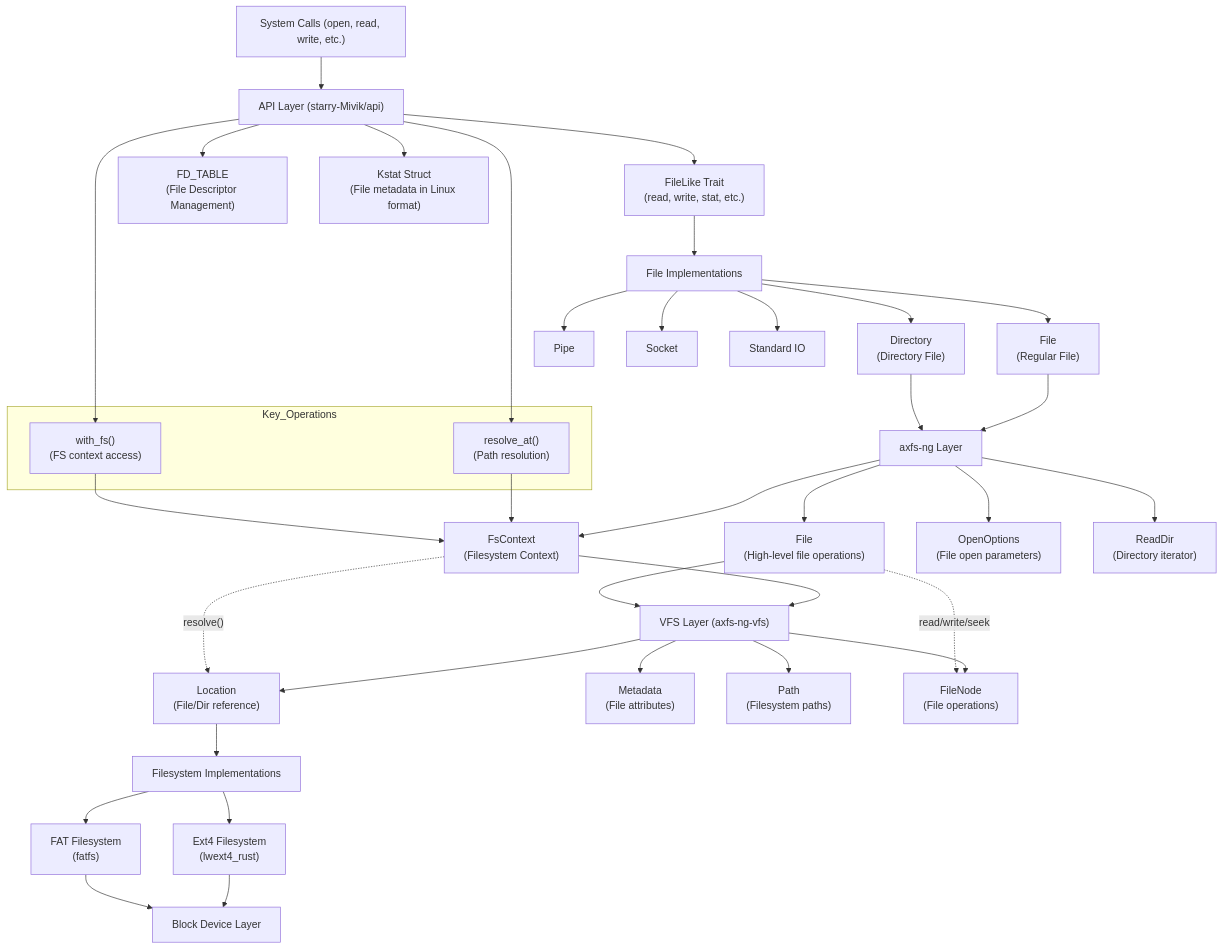
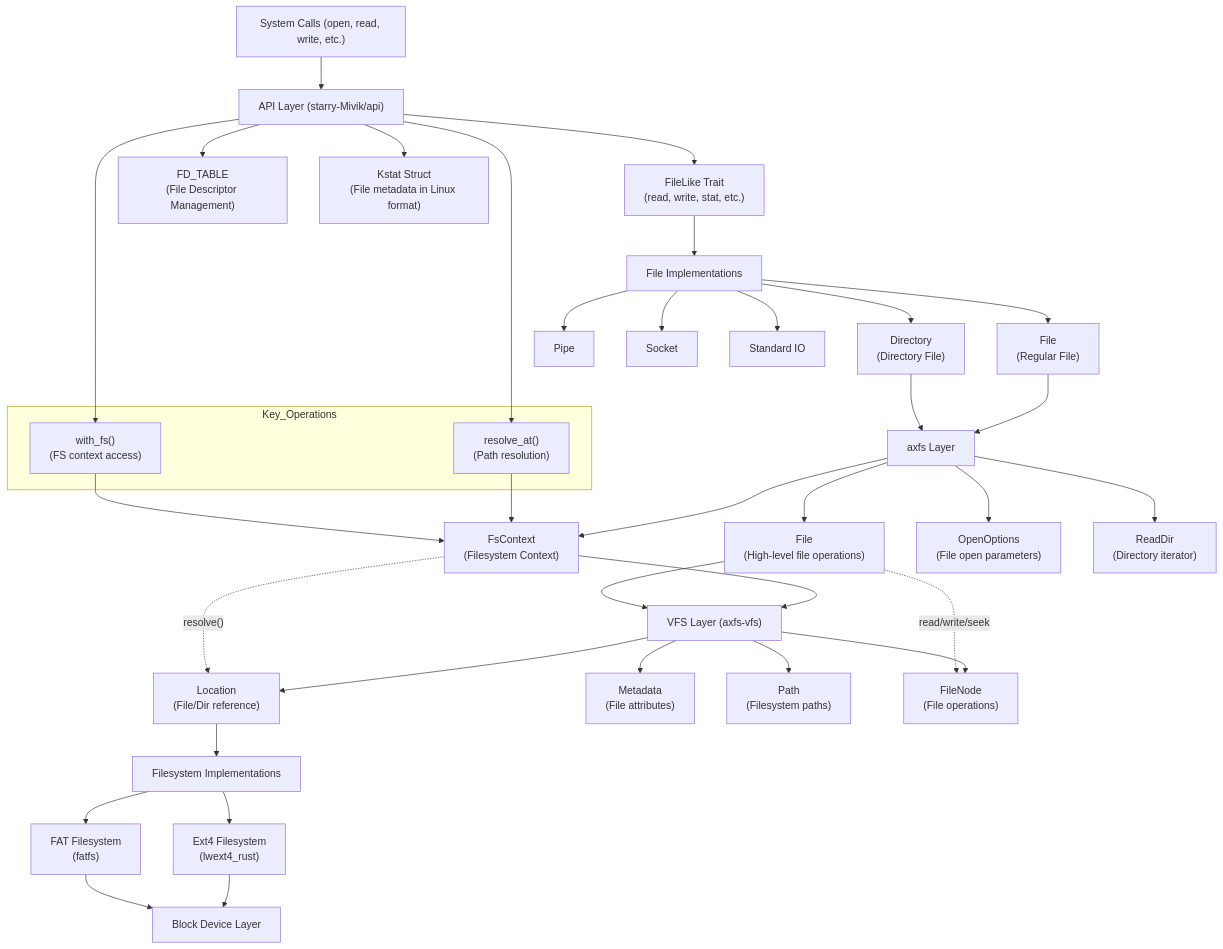
Before and after one commit to Anekoique/StarryX: diagram 15 of 18 in docs/record.md, drawn with Mermaid. The commit also changed other lines of this file and 76 other files, not shown here.

```diff
--- a/docs/record.md
+++ b/docs/record.md
@@ -4598,15 +4598,15 @@
     Socket["Socket"]
     Stdio["Standard IO"]
     
-    %% AXFS-NG Layer
-    AxfsLayer["axfs-ng Layer"]
+    %% AXFS Layer
+    AxfsLayer["axfs Layer"]
     FsContext["FsContext<M>\n(Filesystem Context)"]
     HighLevelFile["File<M>\n(High-level file operations)"]
     OpenOptions["OpenOptions\n(File open parameters)"]
     ReadDir["ReadDir\n(Directory iterator)"]
     
     %% VFS Layer
-    VfsLayer["VFS Layer (axfs-ng-vfs)"]
+    VfsLayer["VFS Layer (axfs-vfs)"]
     Location["Location<M>\n(File/Dir reference)"]
     Metadata["Metadata\n(File attributes)"]
     Path["Path\n(Filesystem paths)"]
```
